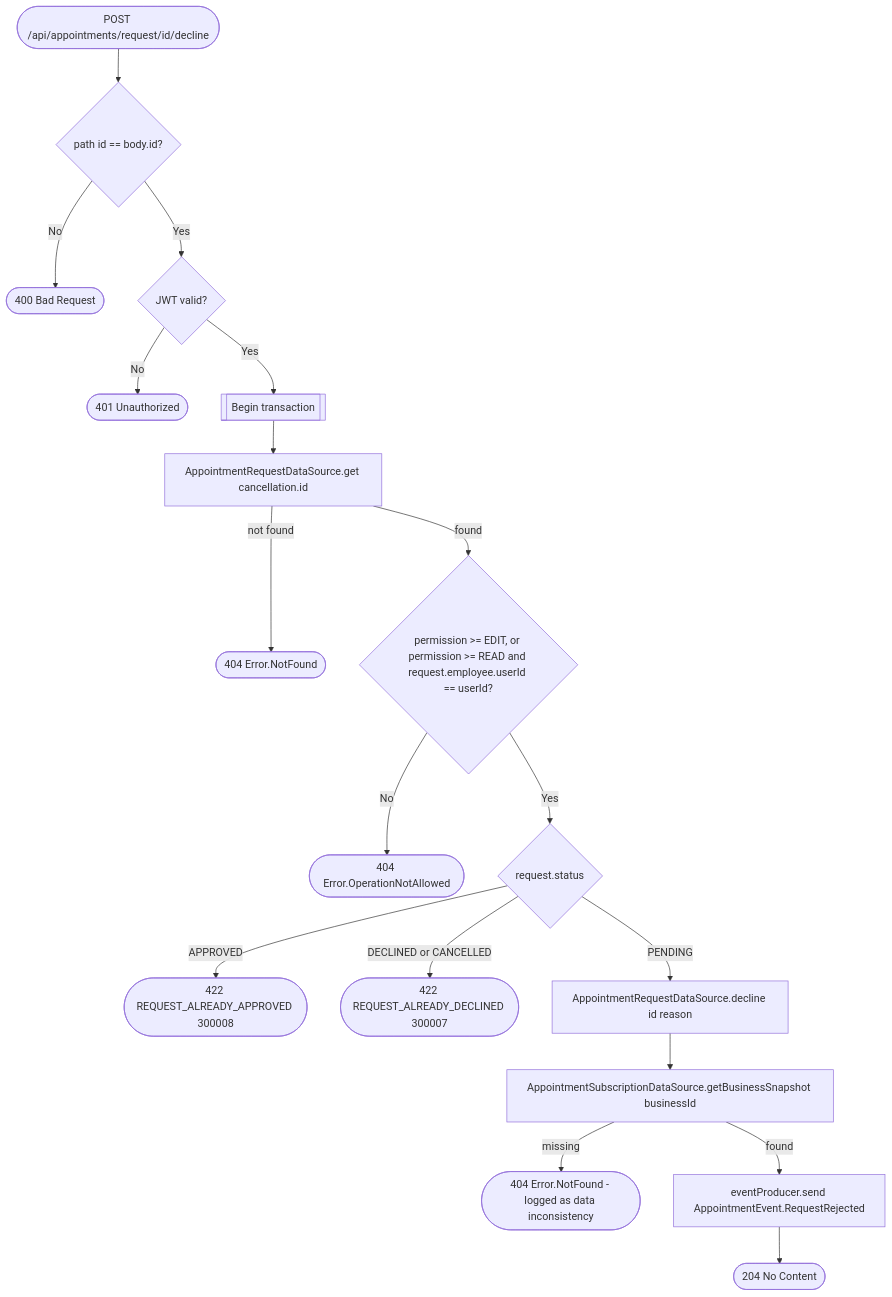
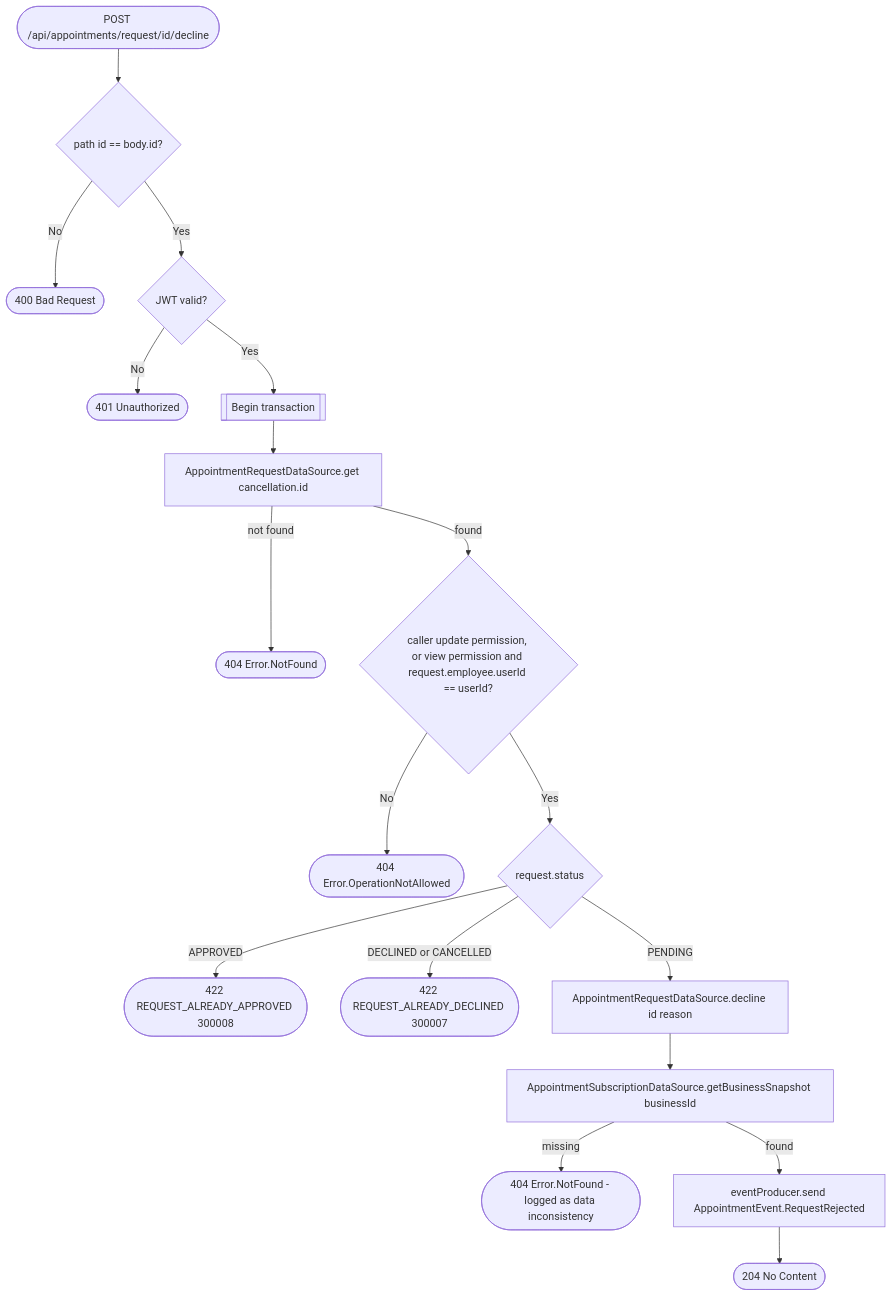
One commit to an22/bookk.me-backend changed the diagram in docs/operations/appointments/decline-appointment-request.md. Above: the diagram before and after it, drawn with Mermaid. The commit also changed other lines of this file and 157 other files, not shown here.

````diff
--- a/docs/operations/appointments/decline-appointment-request.md
+++ b/docs/operations/appointments/decline-appointment-request.md
@@ -12,20 +12,20 @@
 ```mermaid
 flowchart TD
     Start([POST /api/appointments/request/id/decline]) --> PathCheck{path id == body.id?}
     PathCheck -- No --> R400([400 Bad Request])
     PathCheck -- Yes --> Auth{JWT valid?}
     Auth -- No --> R401([401 Unauthorized])
     Auth -- Yes --> Tx[[Begin transaction]]
     Tx --> Get[AppointmentRequestDataSource.get cancellation.id]
     Get -- not found --> R404b([404 Error.NotFound])
-    Get -- found --> Perm{permission >= EDIT, or permission >= READ and request.employee.userId == userId?}
+    Get -- found --> Perm{caller update permission, or view permission and request.employee.userId == userId?}
     Perm -- No --> R404a([404 Error.OperationNotAllowed])
     Perm -- Yes --> Status{request.status}
     Status -- APPROVED --> R422a([422 REQUEST_ALREADY_APPROVED 300008])
     Status -- DECLINED or CANCELLED --> R422b([422 REQUEST_ALREADY_DECLINED 300007])
     Status -- PENDING --> Decline[AppointmentRequestDataSource.decline id reason]
     Decline --> Snapshot[AppointmentSubscriptionDataSource.getBusinessSnapshot businessId]
     Snapshot -- missing --> R404c([404 Error.NotFound - logged as data inconsistency])
     Snapshot -- found --> Event[eventProducer.send AppointmentEvent.RequestRejected]
     Event --> R204([204 No Content])
 ```
````
